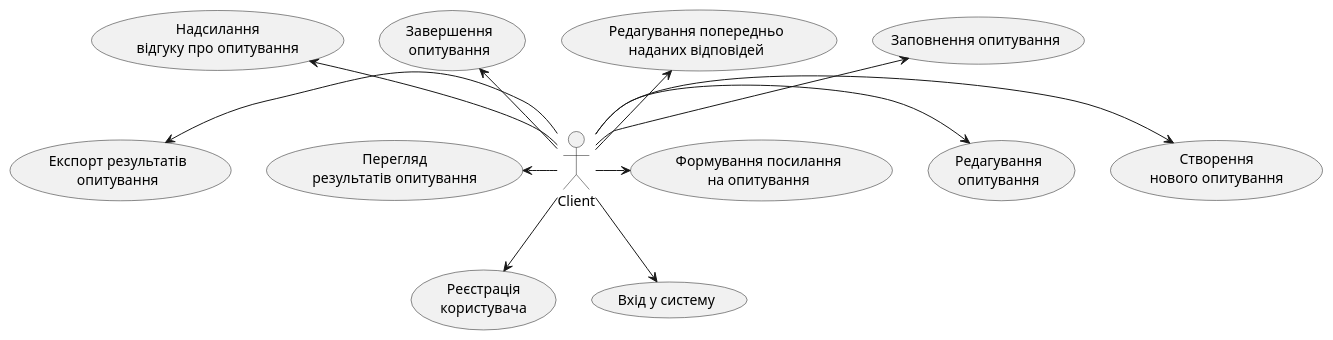
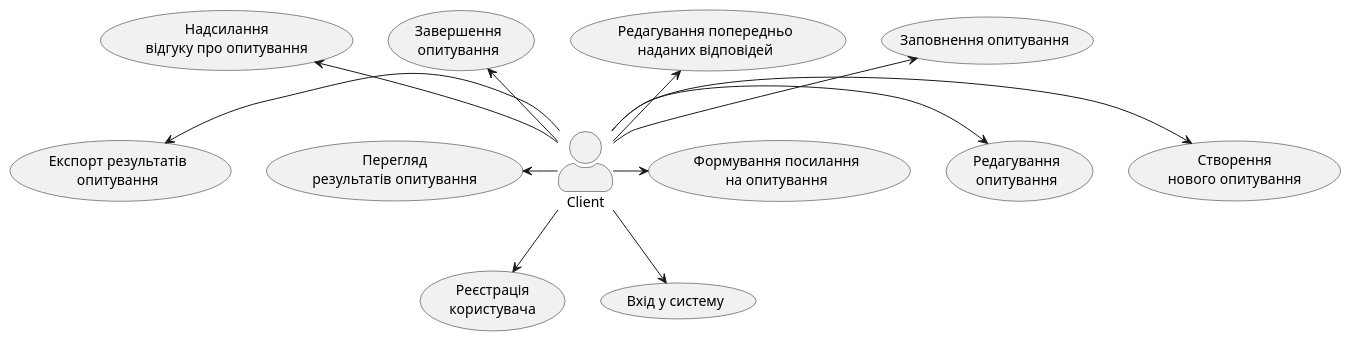
The second of 2 diagrams in docs/use cases/README.md (wh0smarg0/db_labs_gr1), drawn with PlantUML before and after one commit. The commit also changed other lines of this file, not shown here.

````diff
--- a/docs/use cases/README.md
+++ b/docs/use cases/README.md
@@ -42,27 +42,28 @@
 ```plantuml
 @startuml
+skinparam actorStyle awesome
 actor Client
 (Client) -down-> (UserReg)
 (Client) -down-> (UserLogin)
 (Client) -right-> (CreateNewSurvey)
 (Client) -right-> (EditSurvey)
 (Client) -right-> (CreateLinkToSurvey)
 (Client) -up-> (FillNewSurvey)
 (Client) -up-> (EditPrevAnswers)
 (Client) -up-> (EndSurvey)
 (Client) -up-> (SendSurveyFeedback)
 (Client) -left-> (CheckSurveyRes)
 (Client) -left-> (ExportSurveyRes)
 (UserReg) as "Реєстрація\nкористувача"
 (UserLogin) as "Вхід у систему"
 (CreateNewSurvey) as "Створення\nнового опитування"
 (EditSurvey) as "Редагування\nопитування"
 (CreateLinkToSurvey) as "Формування посилання\nна опитування"
 (FillNewSurvey) as "Заповнення опитування"
 (EditPrevAnswers) as "Редагування попередньо\nнаданих відповідей"
 (EndSurvey) as "Завершення\nопитування"
 (SendSurveyFeedback) as "Надсилання\nвідгуку про опитування"
 (CheckSurveyRes) as "Перегляд\nрезультатів опитування"
 (ExportSurveyRes) as "Експорт результатів\nопитування"
 @enduml
 ```
````
